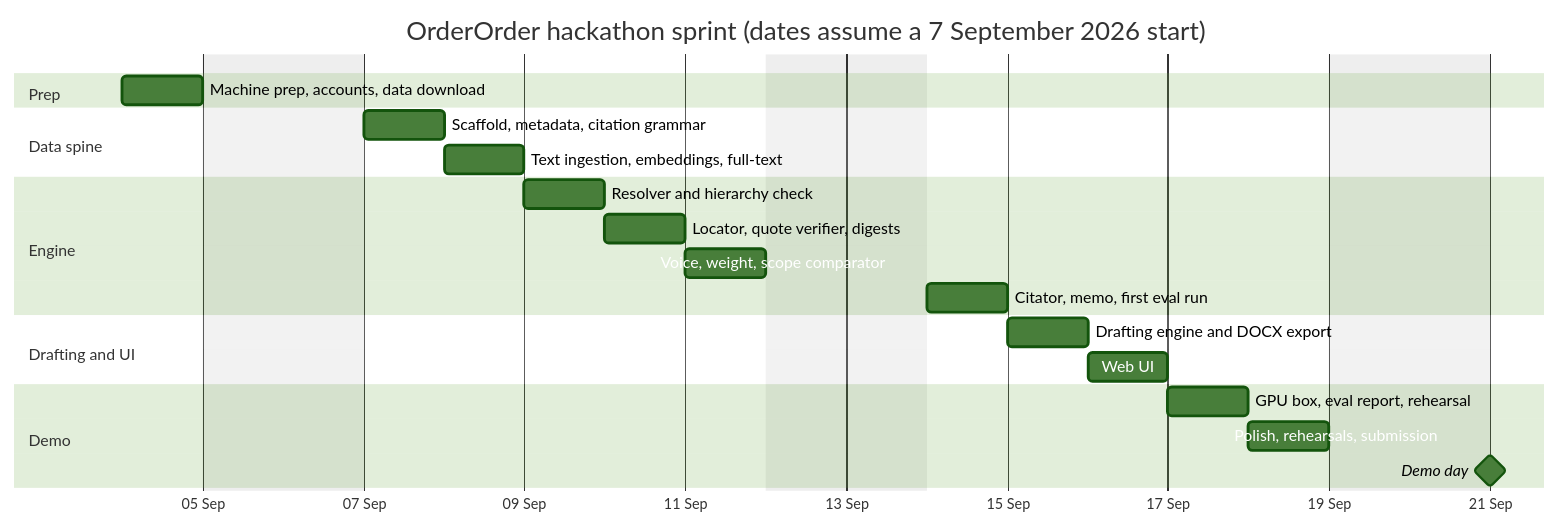
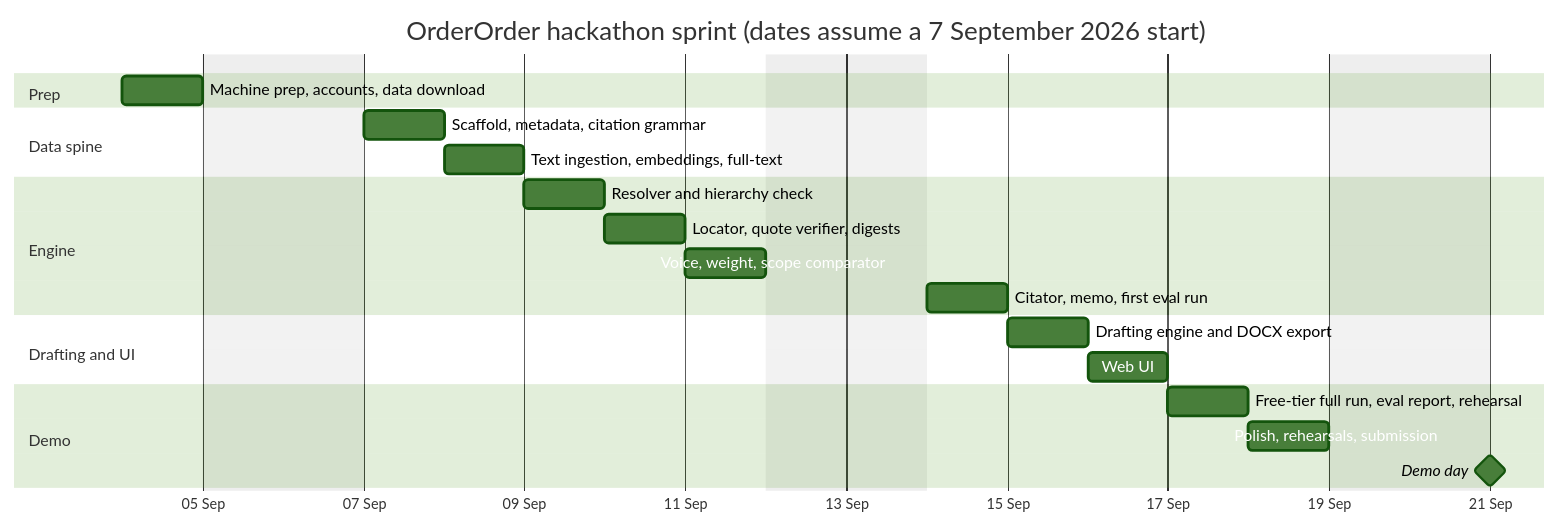
One commit to INSANE0777/order-order changed the first of 2 diagrams in docs/ROADMAP.md. Above: the diagram before and after it, drawn with Mermaid (forest theme). The commit also changed other lines of this file and 4 other files, not shown here.

````diff
--- a/docs/ROADMAP.md
+++ b/docs/ROADMAP.md
@@ -70,24 +70,24 @@
 ```mermaid
 gantt
     title OrderOrder hackathon sprint (dates assume a 7 September 2026 start)
     dateFormat YYYY-MM-DD
     axisFormat %d %b
     excludes weekends
     section Prep
     Machine prep, accounts, data download        :prep, 2026-09-04, 1d
     section Data spine
     Scaffold, metadata, citation grammar         :d1, 2026-09-07, 1d
     Text ingestion, embeddings, full-text        :d2, after d1, 1d
     section Engine
     Resolver and hierarchy check                 :d3, after d2, 1d
     Locator, quote verifier, digests             :d4, after d3, 1d
     Voice, weight, scope comparator              :d5, after d4, 1d
     Citator, memo, first eval run                :d6, after d5, 1d
     section Drafting and UI
     Drafting engine and DOCX export              :d7, after d6, 1d
     Web UI                                       :d8, after d7, 1d
     section Demo
-    GPU box, eval report, rehearsal              :d9, after d8, 1d
+    Free-tier full run, eval report, rehearsal   :d9, after d8, 1d
     Polish, rehearsals, submission               :d10, after d9, 1d
     Demo day                                     :milestone, m1, after d10, 0d
 ```
````
